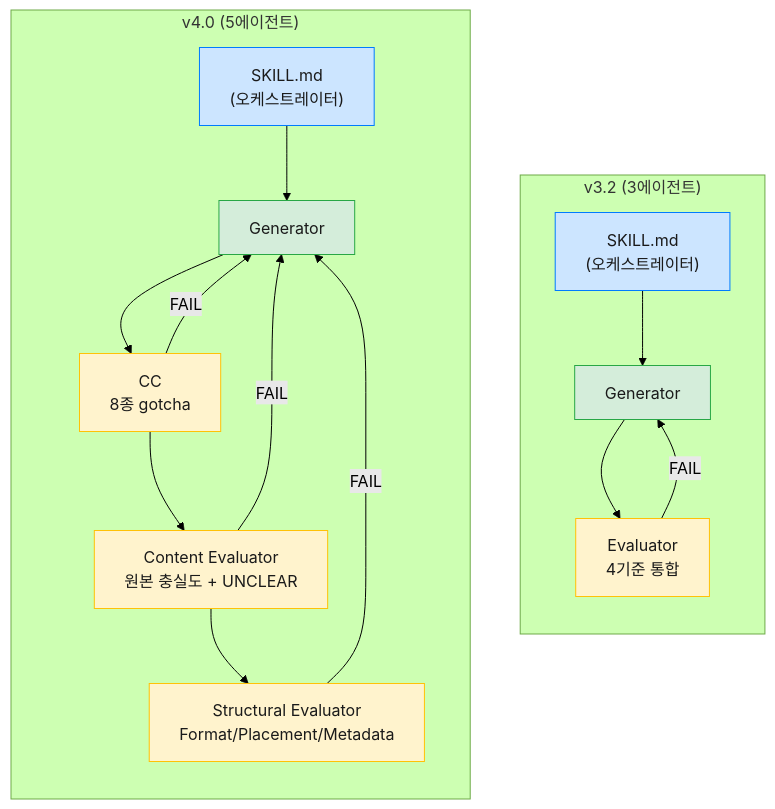
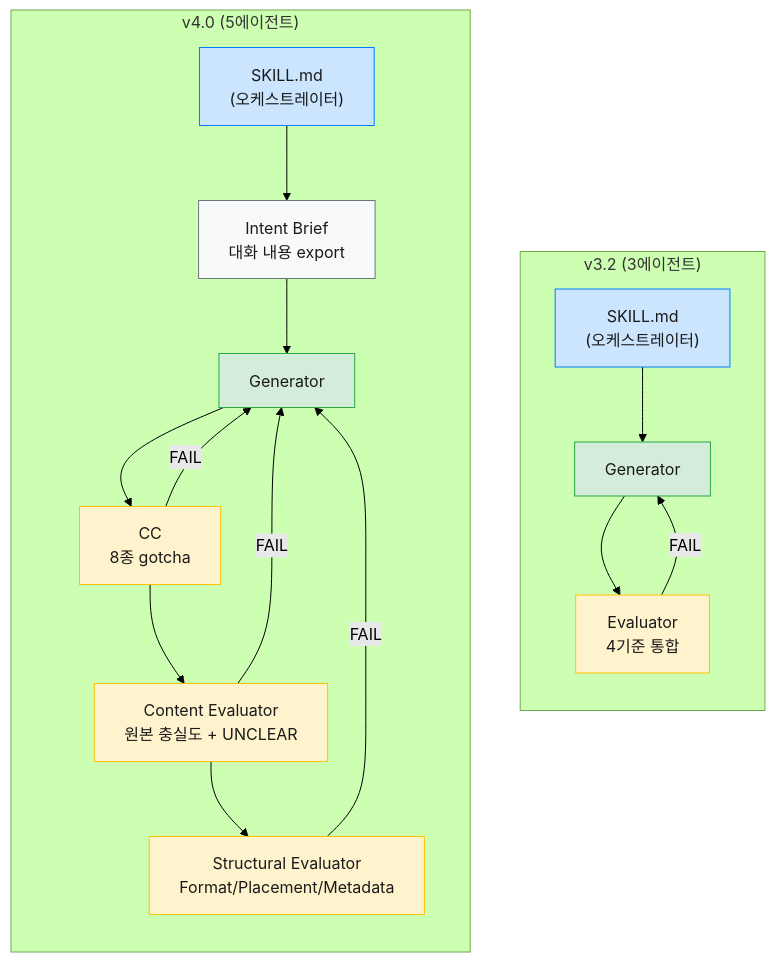
The third of 6 diagrams in _posts/2026-03-27-claude-code-note-skill-harness-pattern-guide.md (Epikoding/epikoding.github.io), drawn with Mermaid (forest theme) before and after one commit. The commit also changed other lines of this file, not shown here.

Commit message:
blog: round 4 - CC 3건(용어통일/Intent Brief/링크) + Content 4건(비용근거/인과위계/교정률/톤) 수정

````diff
--- a/_posts/2026-03-27-claude-code-note-skill-harness-pattern-guide.md
+++ b/_posts/2026-03-27-claude-code-note-skill-harness-pattern-guide.md
@@ -226,29 +226,30 @@
 ```mermaid
 flowchart TB
     classDef orchestrator fill:#cce5ff,stroke:#007bff,color:#1a1a1a
     classDef generator fill:#d4edda,stroke:#28a745,color:#1a1a1a
     classDef evaluator fill:#fff3cd,stroke:#ffc107,color:#1a1a1a
     classDef reference fill:#f8f9fa,stroke:#6c757d,color:#1a1a1a
 
     subgraph V32["v3.2 (3에이전트)"]
         direction TB
         S1["SKILL.md<br/>(오케스트레이터)"]:::orchestrator
         G1["Generator"]:::generator
         E1["Evaluator<br/>4기준 통합"]:::evaluator
         S1 --> G1 --> E1
         E1 -->|"FAIL"| G1
     end
 
     subgraph V40["v4.0 (5에이전트)"]
         direction TB
         S2["SKILL.md<br/>(오케스트레이터)"]:::orchestrator
+        IB["Intent Brief<br/>대화 내용 export"]:::reference
         G2["Generator"]:::generator
         CC2["CC<br/>8종 gotcha"]:::evaluator
         CE2["Content Evaluator<br/>원본 충실도 + UNCLEAR"]:::evaluator
         SE2["Structural Evaluator<br/>Format/Placement/Metadata"]:::evaluator
-        S2 --> G2 --> CC2 --> CE2 --> SE2
+        S2 --> IB --> G2 --> CC2 --> CE2 --> SE2
         CC2 -->|"FAIL"| G2
         CE2 -->|"FAIL"| G2
         SE2 -->|"FAIL"| G2
     end
 ```
````
